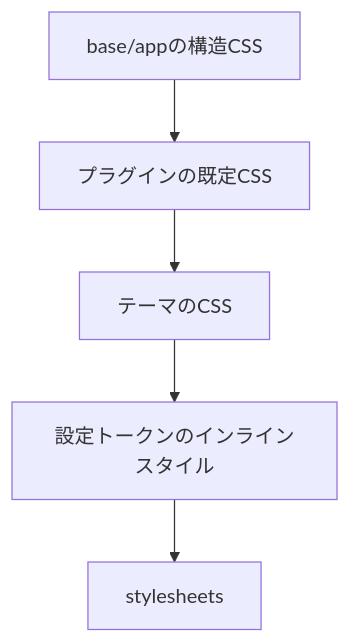
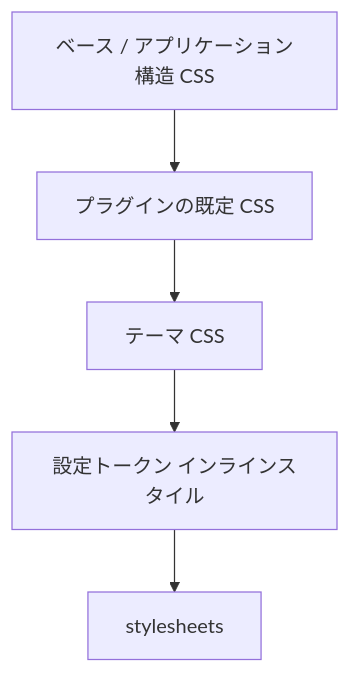
The diagram in docs/docs/glossary/css-contract.ja.md (Rerurate514/riebeckite), drawn with Mermaid before and after one commit. The commit also changed other lines of this file and 73 other files, not shown here.

````diff
--- a/docs/docs/glossary/css-contract.ja.md
+++ b/docs/docs/glossary/css-contract.ja.md
@@ -21,12 +20,12 @@
 ```mermaid
 flowchart TD
-  Base[base/appの構造CSS]
-  Plugin[プラグインの既定CSS]
-  Theme[テーマのCSS]
-  Token[設定トークンのインラインスタイル]
+  Base[ベース / アプリケーション構造 CSS]
+  Plugin[プラグインの既定 CSS]
+  Theme[テーマ CSS]
+  Token[設定トークン インラインスタイル]
   User[stylesheets]
   Base --> Plugin
   Plugin --> Theme
   Theme --> Token
   Token --> User
 ```
````
